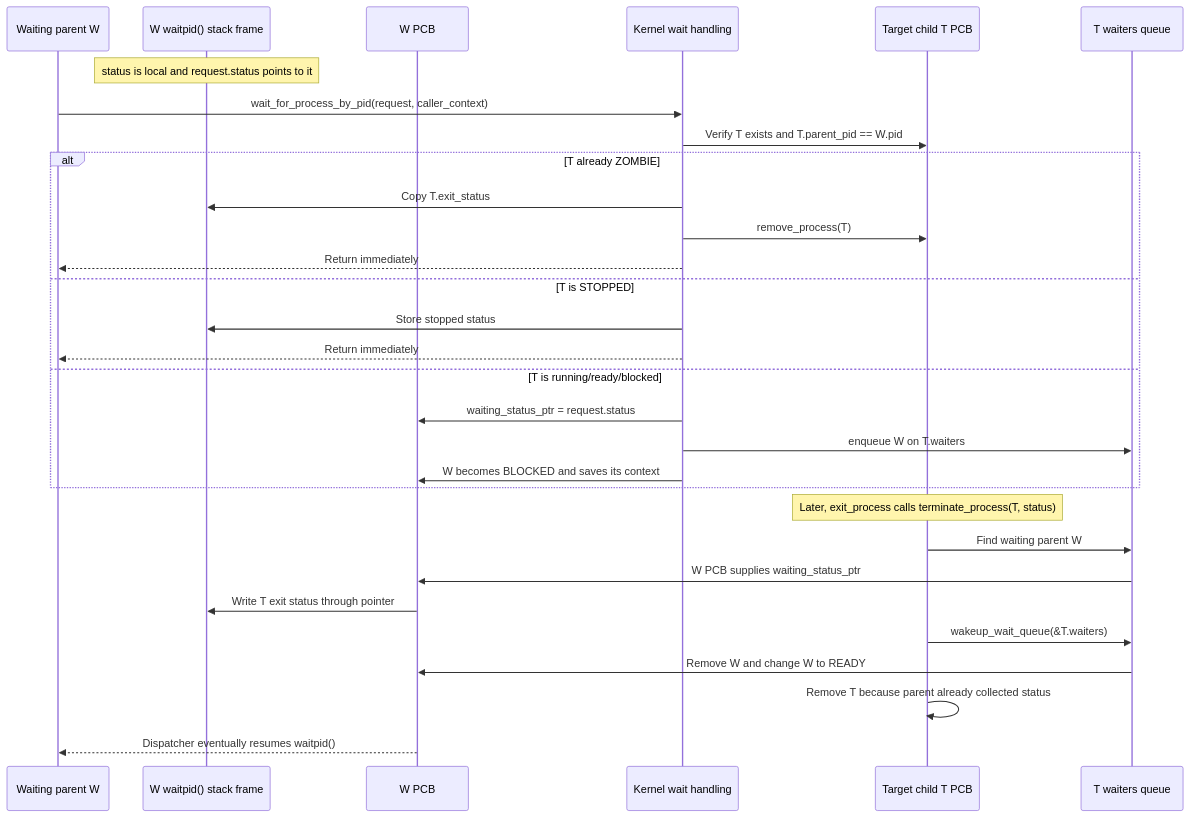
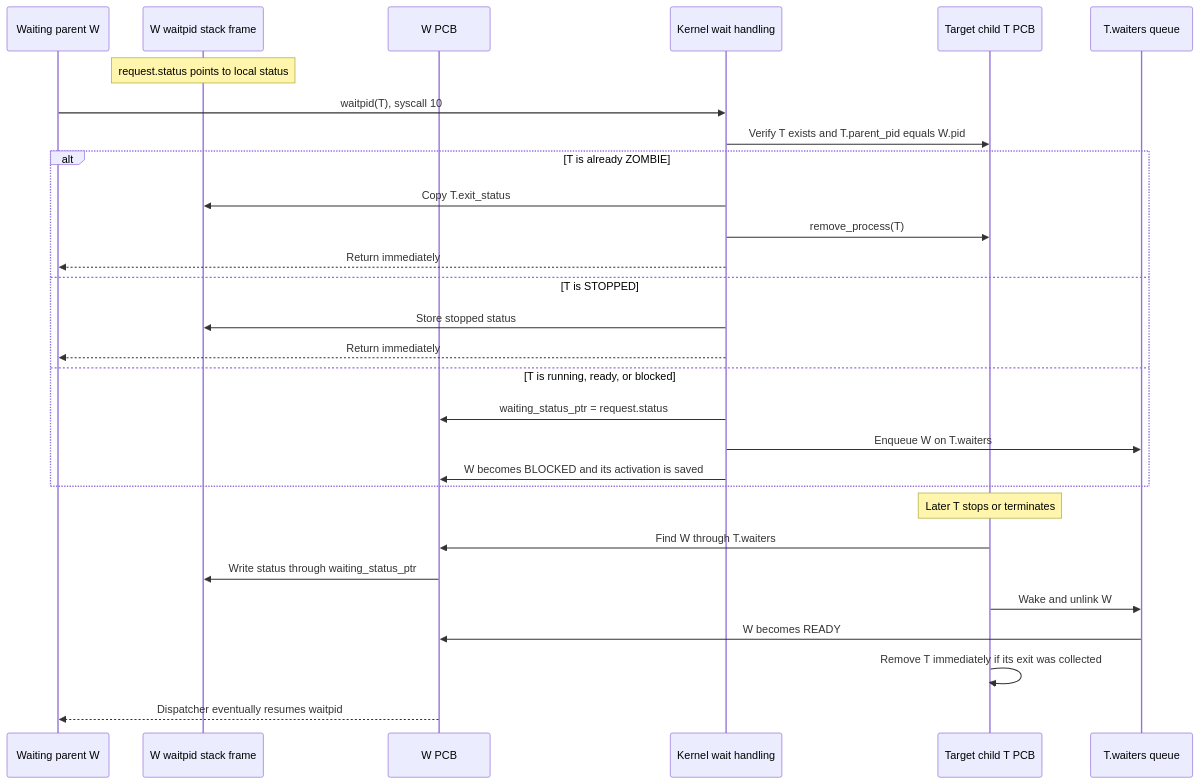
Before and after one commit to matthejue/Pico-OS: diagram 11 of 24 in README.md, drawn with Mermaid. The commit also changed other lines of this file and 19 other files, not shown here.

````diff
--- a/README.md
+++ b/README.md
@@ -1765,34 +1385,33 @@
 ```mermaid
 sequenceDiagram
     participant W as Waiting parent W
-    participant WS as W waitpid() stack frame
+    participant WS as W waitpid stack frame
     participant WP as W PCB
     participant K as Kernel wait handling
     participant TP as Target child T PCB
-    participant TQ as T waiters queue
+    participant TQ as T.waiters queue
 
-    Note over WS: status is local and request.status points to it
-    W->>K: wait_for_process_by_pid(request, caller_context)
-    K->>TP: Verify T exists and T.parent_pid == W.pid
-    alt T already ZOMBIE
+    Note over WS: request.status points to local status
+    W->>K: waitpid(T), syscall 10
+    K->>TP: Verify T exists and T.parent_pid equals W.pid
+    alt T is already ZOMBIE
         K->>WS: Copy T.exit_status
         K->>TP: remove_process(T)
         K-->>W: Return immediately
     else T is STOPPED
         K->>WS: Store stopped status
         K-->>W: Return immediately
-    else T is running/ready/blocked
+    else T is running, ready, or blocked
         K->>WP: waiting_status_ptr = request.status
-        K->>TQ: enqueue W on T.waiters
-        K->>WP: W becomes BLOCKED and saves its context
+        K->>TQ: Enqueue W on T.waiters
+        K->>WP: W becomes BLOCKED and its activation is saved
     end
 
-    Note over TP: Later, exit_process calls terminate_process(T, status)
-    TP->>TQ: Find waiting parent W
-    TQ->>WP: W PCB supplies waiting_status_ptr
-    WP->>WS: Write T exit status through pointer
-    TP->>TQ: wakeup_wait_queue(&T.waiters)
-    TQ->>WP: Remove W and change W to READY
-    TP->>TP: Remove T because parent already collected status
-    WP-->>W: Dispatcher eventually resumes waitpid()
+    Note over TP: Later T stops or terminates
+    TP->>WP: Find W through T.waiters
+    WP->>WS: Write status through waiting_status_ptr
+    TP->>TQ: Wake and unlink W
+    TQ->>WP: W becomes READY
+    TP->>TP: Remove T immediately if its exit was collected
+    WP-->>W: Dispatcher eventually resumes waitpid
 ```
````
